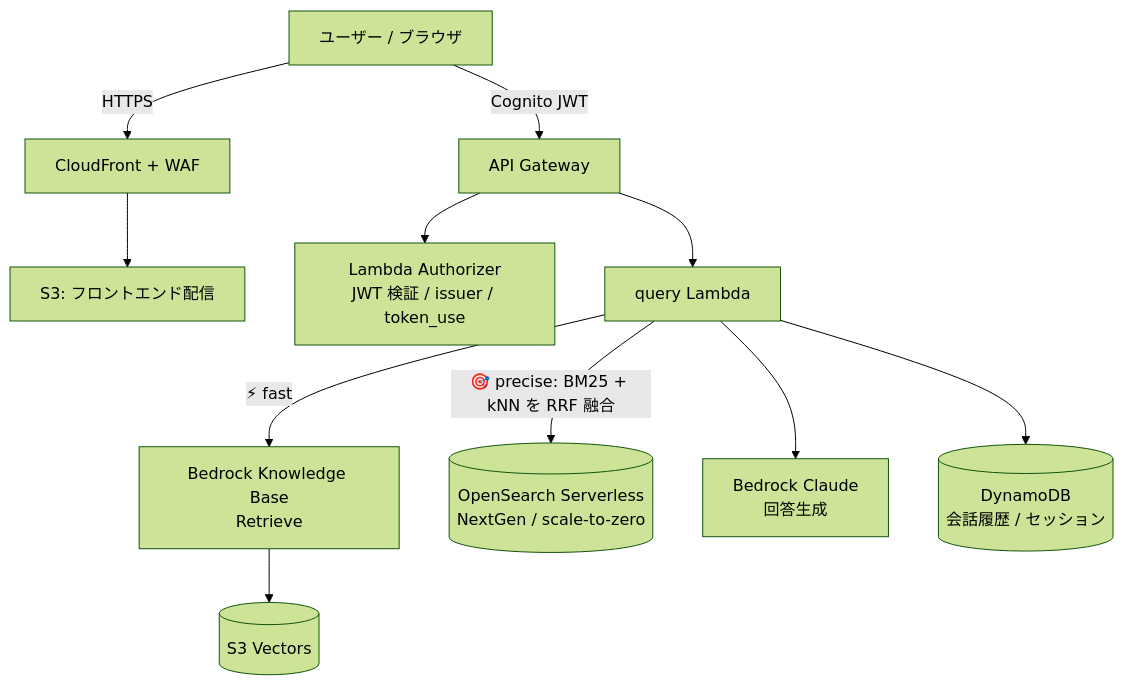
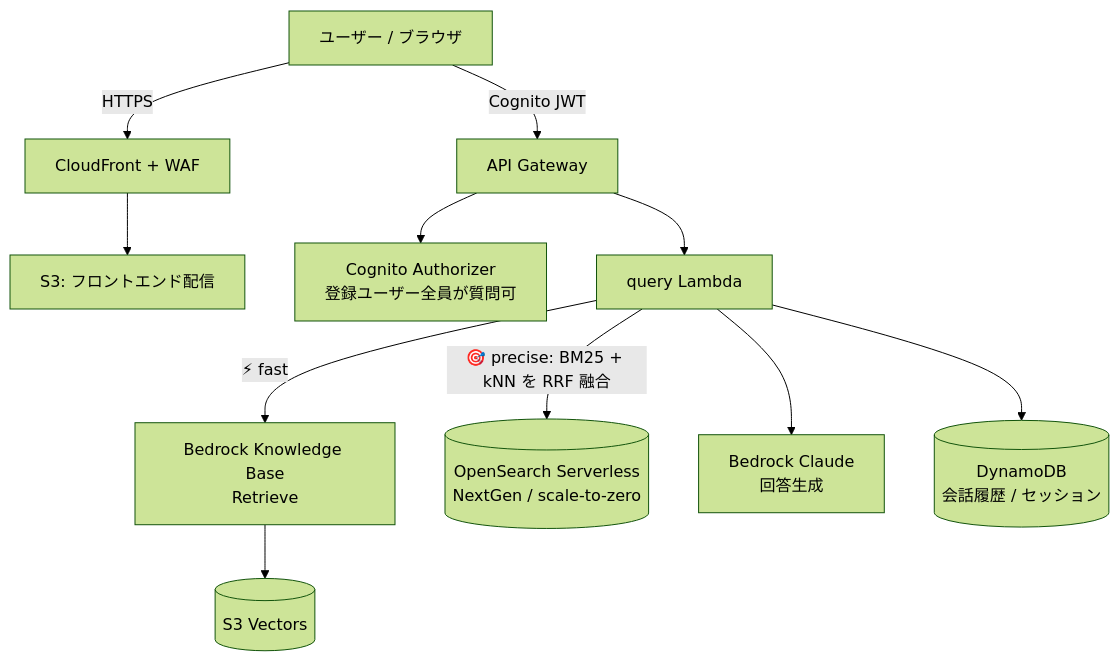
Before and after one commit to Yuki670926/rag-portfolio: the first of 2 diagrams in README.md, drawn with Mermaid (forest theme). The commit also changed other lines of this file, not shown here.

````diff
--- a/README.md
+++ b/README.md
@@ -23,12 +23,12 @@
 ```mermaid
 flowchart TB
     U[ユーザー / ブラウザ] -->|HTTPS| CF[CloudFront + WAF]
     CF --> FE[S3: フロントエンド配信]
     U -->|Cognito JWT| APIGW[API Gateway]
-    APIGW --> AUTH[Lambda Authorizer<br/>JWT 検証 / issuer / token_use]
+    APIGW --> AUTH[Cognito Authorizer<br/>登録ユーザー全員が質問可]
     APIGW --> Q[query Lambda]
     Q -->|⚡ fast| KB[Bedrock Knowledge Base<br/>Retrieve] --> SV[(S3 Vectors)]
     Q -->|🎯 precise: BM25 + kNN を RRF 融合| OS[(OpenSearch Serverless<br/>NextGen / scale-to-zero)]
     Q --> GEN[Bedrock Claude<br/>回答生成]
     Q --> DDB[(DynamoDB<br/>会話履歴 / セッション)]
 ```
````
